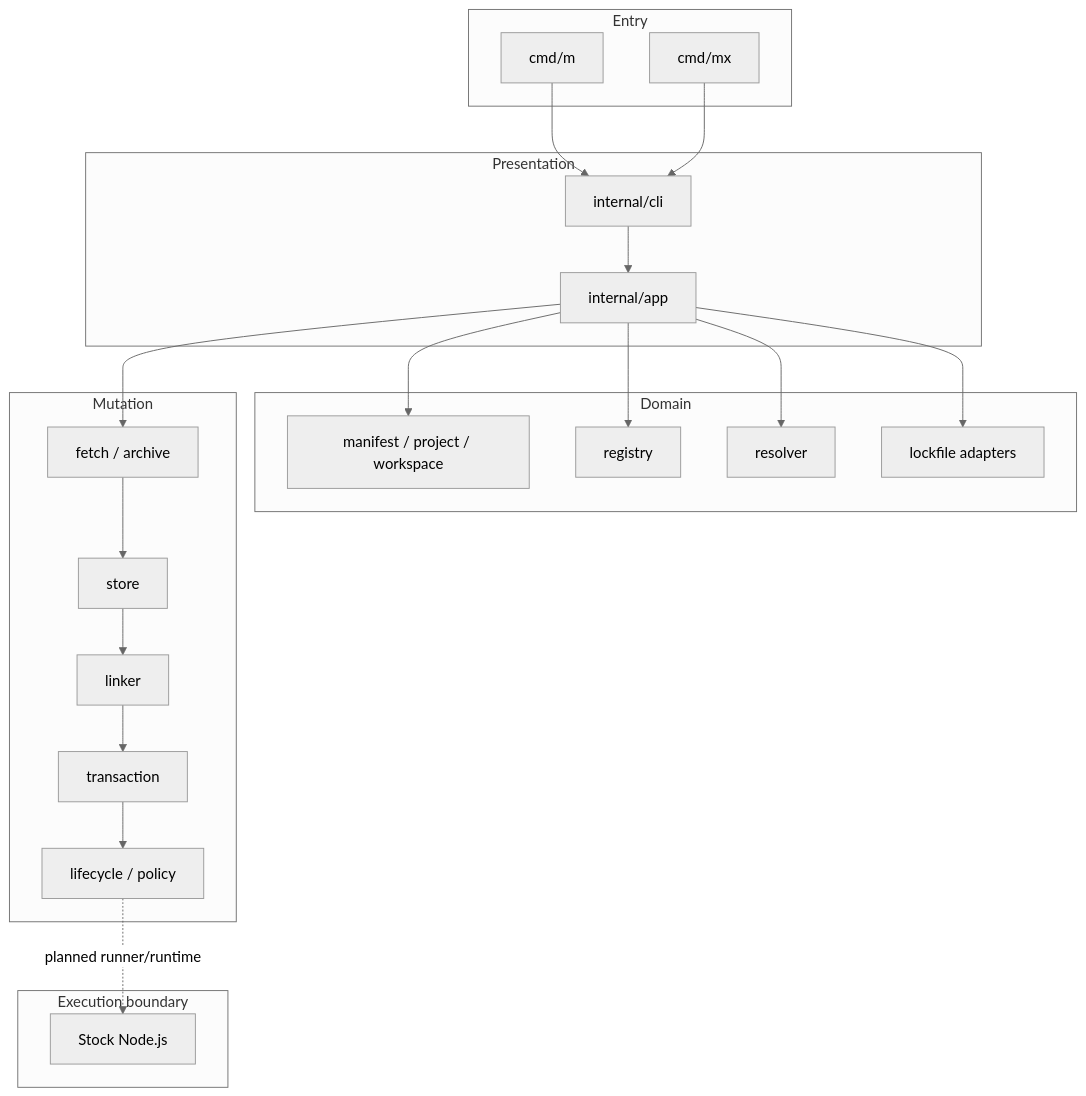
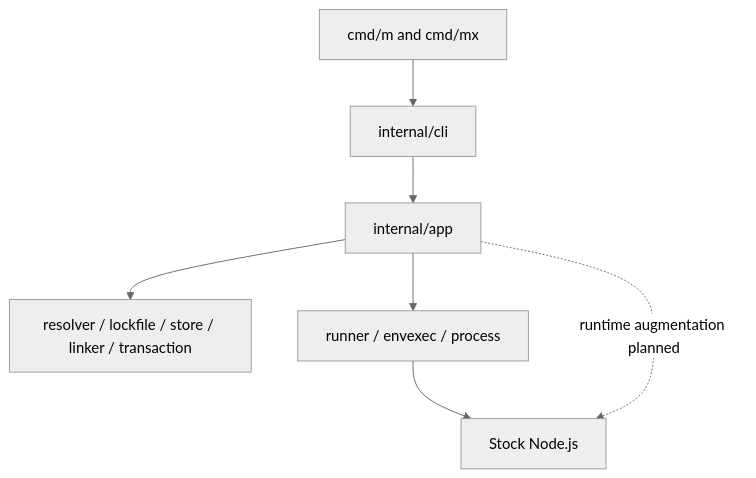
One commit to mewisme/m changed the diagram in README.md. Above: the diagram before and after it, drawn with Mermaid (neutral theme). The commit also changed other lines of this file, not shown here.

````diff
--- a/README.md
+++ b/README.md
@@ -216,40 +212,9 @@
 ```mermaid
 flowchart TB
-  subgraph entry["Entry"]
-    m["cmd/m"]
-    mx["cmd/mx"]
-  end
-  subgraph presentation["Presentation"]
-    cli["internal/cli"]
-    app["internal/app"]
-  end
-  subgraph domain["Domain"]
-    manifest["manifest / project / workspace"]
-    registry["registry"]
-    resolver["resolver"]
-    lockfile["lockfile adapters"]
-  end
-  subgraph mutation["Mutation"]
-    fetch["fetch / archive"]
-    store["store"]
-    linker["linker"]
-    txn["transaction"]
-    lifecycle["lifecycle / policy"]
-  end
-  subgraph runtime_boundary["Execution boundary"]
-    node["Stock Node.js"]
-  end
-  m --> cli
-  mx --> cli
-  cli --> app
-  app --> manifest
-  app --> registry
-  app --> resolver
-  app --> lockfile
-  app --> fetch
-  fetch --> store
-  store --> linker
-  linker --> txn
-  txn --> lifecycle
-  lifecycle -.->|"planned runner/runtime"| node
+  entry["cmd/m and cmd/mx"] --> cli["internal/cli"]
+  cli --> app["internal/app"]
+  app --> domain["resolver / lockfile / store / linker / transaction"]
+  app --> runner["runner / envexec / process"]
+  runner --> node["Stock Node.js"]
+  app -.->|"runtime augmentation planned"| node
 ```
````
